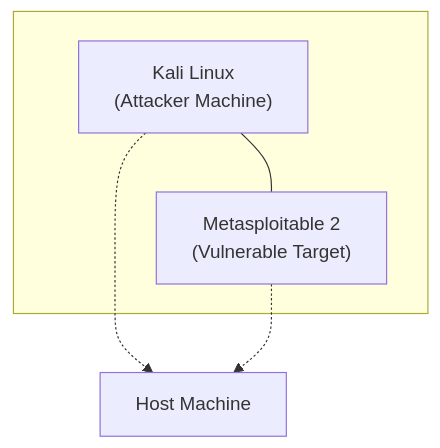
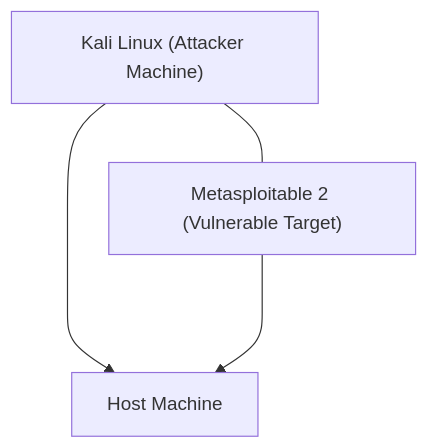
The diagram in forensik-teknologi/metasploitable2–pentest-report/report.md (Cayvit/Forensik-Teknologi-Informasi-dan-Workshop-Siber-Warfare-Basic), drawn with Mermaid before and after one commit.

Commit message:
Enhance flowchart with Host Machine details
Updated the flowchart to include Host Machine connections.

````diff
--- a/forensik-teknologi/metasploitable2–pentest-report/report.md
+++ b/forensik-teknologi/metasploitable2–pentest-report/report.md
@@ -93,9 +93,10 @@
 ```mermaid
 flowchart TB
-    subgraph TOP[ ]
-        A["Kali Linux\n(Attacker Machine)"] --- B["Metasploitable 2\n(Vulnerable Target)"]
-    end
+    A["Kali Linux (Attacker Machine)"]
+    B["Metasploitable 2 (Vulnerable Target)"]
+    C["Host Machine"]
 
-    A -.-> C["Host Machine"]
-    B -.-> C
+    A --- B
+    A ---> C
+    B ---> C
 ```
````
